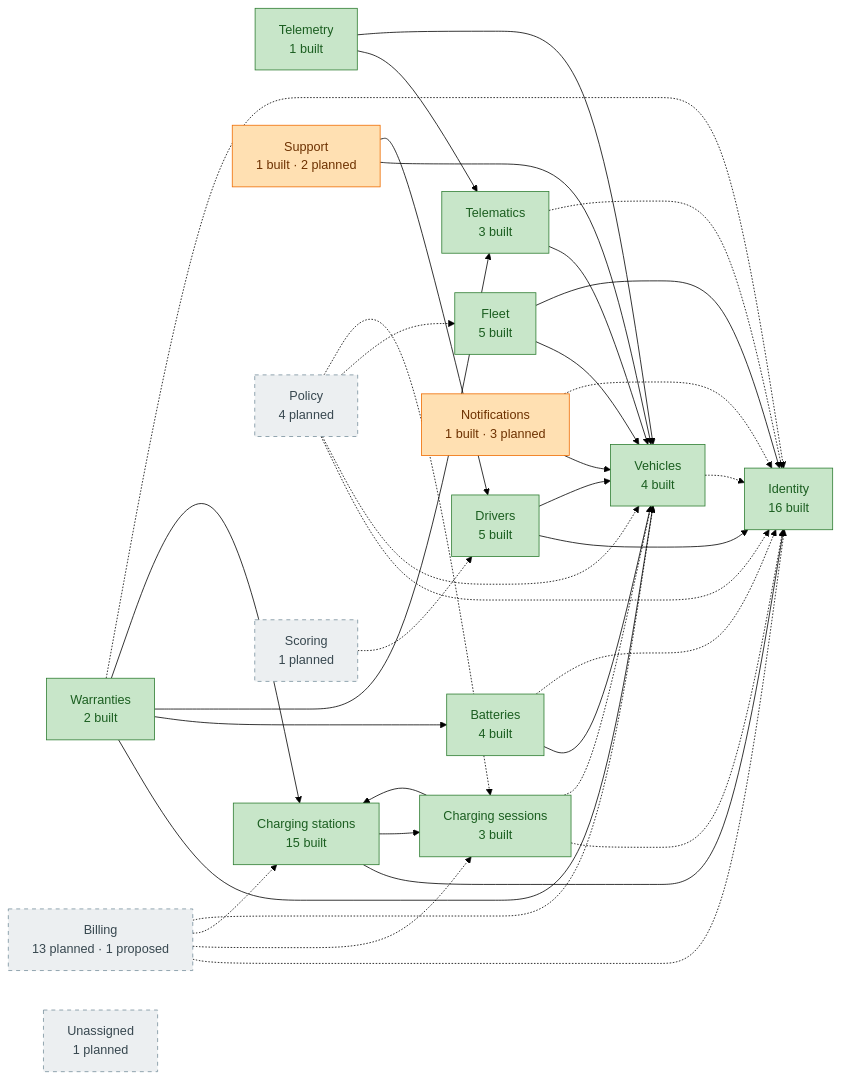
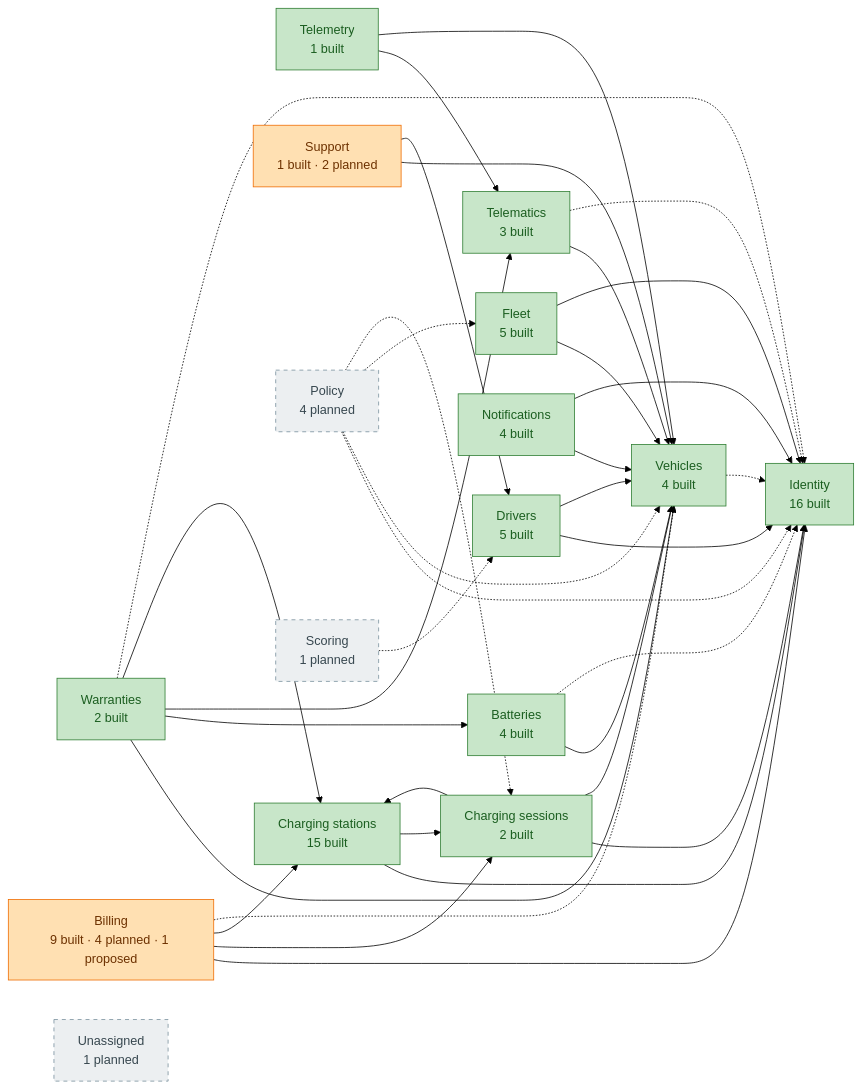
The diagram in docs/design/domain-model/overview.md (yolo-coccoc/G3Network-app), drawn with Mermaid (forest theme) before and after one commit. The commit also changed other lines of this file and 66 other files, not shown here.

First line of the commit message:
feat(schema): finish the WP1 schema refactor (sessions, billing, notifications)

````diff
--- a/docs/design/domain-model/overview.md
+++ b/docs/design/domain-model/overview.md
@@ -28,56 +28,56 @@
 ```mermaid
 flowchart LR
   identity["Identity<br/>16 built"]:::built
   vehicles["Vehicles<br/>4 built"]:::built
   batteries["Batteries<br/>4 built"]:::built
   warranties["Warranties<br/>2 built"]:::built
   telematics["Telematics<br/>3 built"]:::built
   telemetry["Telemetry<br/>1 built"]:::built
   drivers["Drivers<br/>5 built"]:::built
   fleet["Fleet<br/>5 built"]:::built
   charging_stations["Charging stations<br/>15 built"]:::built
-  charging_sessions["Charging sessions<br/>3 built"]:::built
-  notifications["Notifications<br/>1 built · 3 planned"]:::partial
+  charging_sessions["Charging sessions<br/>2 built"]:::built
+  notifications["Notifications<br/>4 built"]:::built
   support["Support<br/>1 built · 2 planned"]:::partial
   policy["Policy<br/>4 planned"]:::planned
-  billing["Billing<br/>13 planned · 1 proposed"]:::planned
+  billing["Billing<br/>9 built · 4 planned · 1 proposed"]:::partial
   scoring["Scoring<br/>1 planned"]:::planned
   unassigned["Unassigned<br/>1 planned"]:::planned
   batteries --> vehicles
   warranties --> vehicles
   warranties --> batteries
   warranties --> telematics
   warranties --> charging_stations
   telematics --> vehicles
   telemetry --> telematics
   telemetry --> vehicles
   drivers --> identity
   drivers --> vehicles
   fleet --> vehicles
   fleet --> identity
   charging_stations --> identity
   charging_stations --> charging_sessions
   charging_sessions --> charging_stations
-  charging_sessions -.-> identity
-  charging_sessions -.-> vehicles
+  charging_sessions --> identity
+  charging_sessions --> vehicles
   notifications --> vehicles
-  notifications -.-> identity
+  notifications --> identity
   support --> vehicles
   support --> drivers
   policy -.-> identity
   policy -.-> vehicles
   policy -.-> fleet
   policy -.-> charging_sessions
-  billing -.-> identity
-  billing -.-> charging_sessions
-  billing -.-> charging_stations
+  billing --> identity
+  billing --> charging_sessions
+  billing --> charging_stations
   billing -.-> vehicles
   scoring -.-> drivers
   vehicles -.-> identity
   batteries -.-> identity
   warranties -.-> identity
   telematics -.-> identity
   classDef built fill:#C8E6C9,stroke:#2E7D32,color:#1B5E20
   classDef partial fill:#FFE0B2,stroke:#EF6C00,color:#6D3100
   classDef planned fill:#ECEFF1,stroke:#78909C,color:#37474F,stroke-dasharray:5 5
 ```
````
